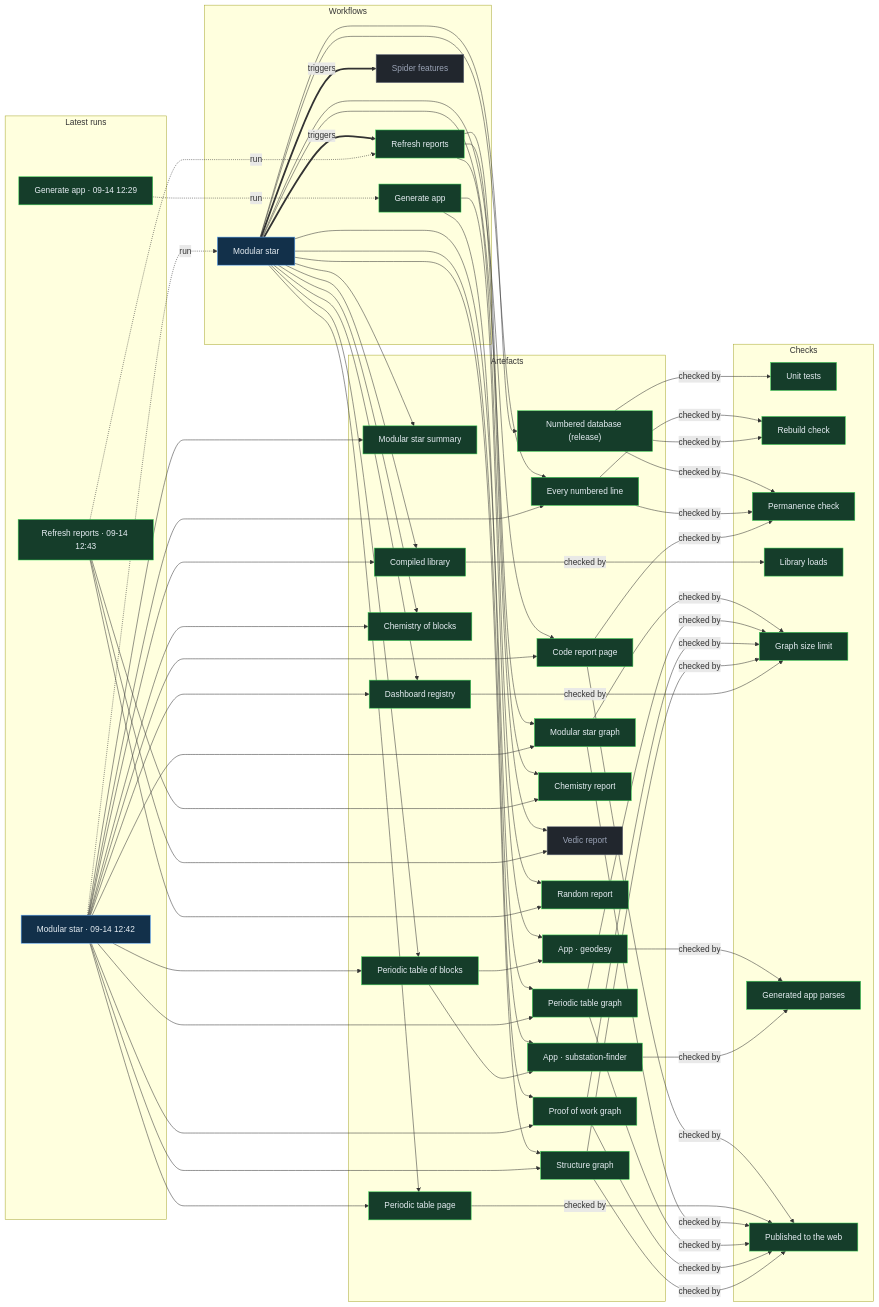
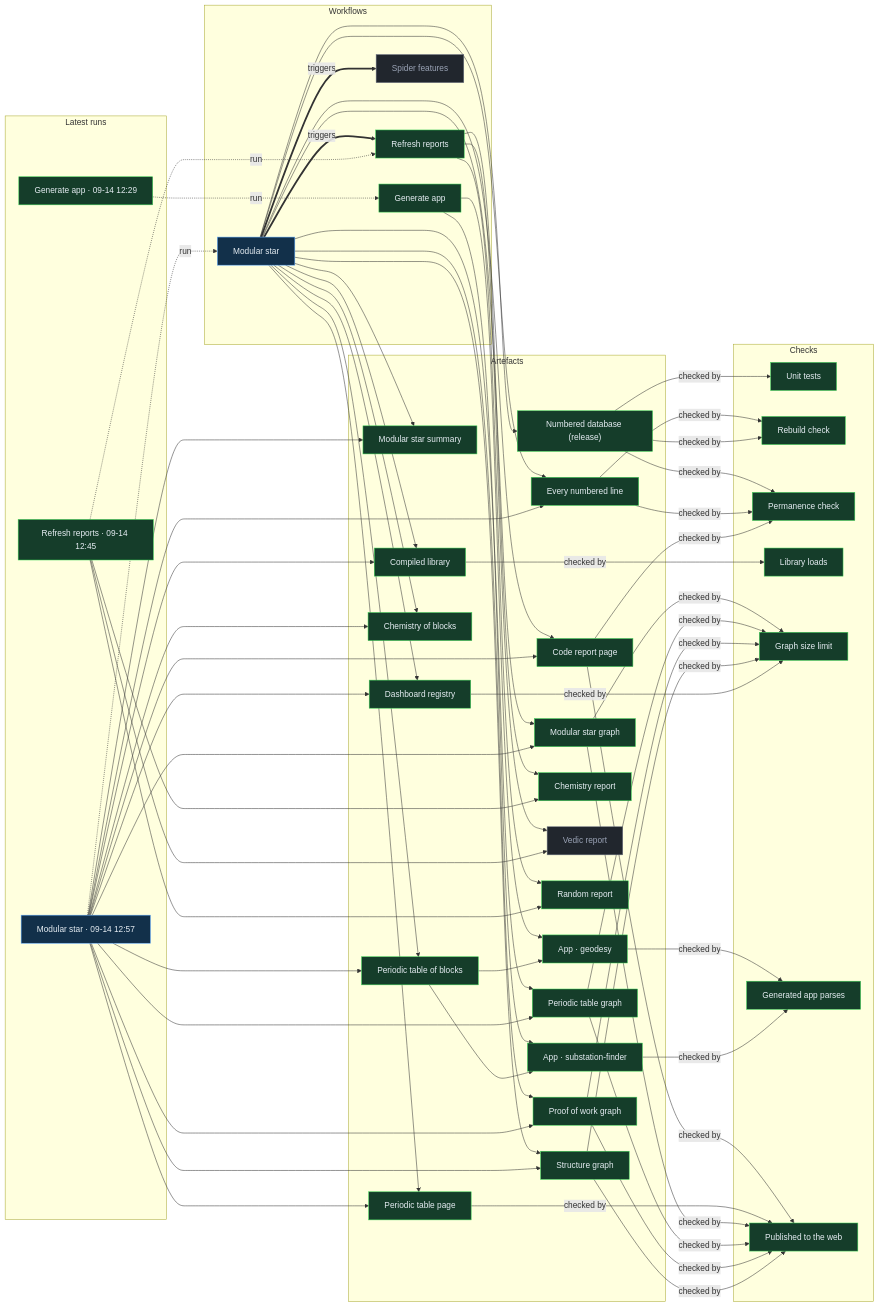
Before and after one commit to Ventusltd/stars: the diagram in proof/PROOF.md, drawn with Mermaid. The commit also changed other lines of this file and 21 other files, not shown here.

Commit message:
Modular star 2026-09-14T12:58Z

```diff
--- a/proof/PROOF.md
+++ b/proof/PROOF.md
@@ -24,8 +24,8 @@
   n_wf_spider_features["Spider features"]:::off
   end
   subgraph g_runs["Latest runs"]
-  n_run_34844930408["Modular star · 09-14 12:42"]:::live
-  n_run_34844984526["Refresh reports · 09-14 12:43"]:::ok
+  n_run_34846267624["Modular star · 09-14 12:57"]:::live
+  n_run_34845193762["Refresh reports · 09-14 12:45"]:::ok
   n_run_34843673781["Generate app · 09-14 12:29"]:::ok
   end
   subgraph g_artefacts["Artefacts"]
@@ -59,39 +59,39 @@
   end
   n_wf_modular_star == triggers ==> n_wf_refresh
   n_wf_modular_star == triggers ==> n_wf_spider_features
-  n_run_34844930408 -. run .-> n_wf_modular_star
-  n_run_34844984526 -. run .-> n_wf_refresh
+  n_run_34846267624 -. run .-> n_wf_modular_star
+  n_run_34845193762 -. run .-> n_wf_refresh
   n_run_34843673781 -. run .-> n_wf_generate
   n_wf_modular_star --> n_art_summary
-  n_run_34844930408 --> n_art_summary
+  n_run_34846267624 --> n_art_summary
   n_wf_modular_star --> n_art_lines
-  n_run_34844930408 --> n_art_lines
+  n_run_34846267624 --> n_art_lines
   n_wf_modular_star --> n_art_code
-  n_run_34844930408 --> n_art_code
+  n_run_34846267624 --> n_art_code
   n_wf_modular_star --> n_art_modular_graph
-  n_run_34844930408 --> n_art_modular_graph
+  n_run_34846267624 --> n_art_modular_graph
   n_wf_modular_star --> n_art_blocks
-  n_run_34844930408 --> n_art_blocks
+  n_run_34846267624 --> n_art_blocks
   n_wf_modular_star --> n_art_table
-  n_run_34844930408 --> n_art_table
+  n_run_34846267624 --> n_art_table
   n_wf_modular_star --> n_art_blocks_graph
-  n_run_34844930408 --> n_art_blocks_graph
+  n_run_34846267624 --> n_art_blocks_graph
   n_wf_modular_star --> n_art_reactions
-  n_run_34844930408 --> n_art_reactions
+  n_run_34846267624 --> n_art_reactions
   n_wf_modular_star --> n_art_library
-  n_run_34844930408 --> n_art_library
+  n_run_34846267624 --> n_art_library
   n_wf_modular_star --> n_art_features
-  n_run_34844930408 --> n_art_features
+  n_run_34846267624 --> n_art_features
   n_wf_modular_star --> n_art_proof
-  n_run_34844930408 --> n_art_proof
+  n_run_34846267624 --> n_art_proof
   n_wf_modular_star --> n_art_structure
-  n_run_34844930408 --> n_art_structure
+  n_run_34846267624 --> n_art_structure
   n_wf_refresh --> n_art_chemistry
-  n_run_34844984526 --> n_art_chemistry
+  n_run_34845193762 --> n_art_chemistry
   n_wf_refresh --> n_art_vedic
-  n_run_34844984526 --> n_art_vedic
+  n_run_34845193762 --> n_art_vedic
   n_wf_refresh --> n_art_random
-  n_run_34844984526 --> n_art_random
+  n_run_34845193762 --> n_art_random
   n_wf_modular_star --> n_art_release
   n_wf_generate --> n_app_geodesy
   n_art_blocks --> n_app_geodesy
```
